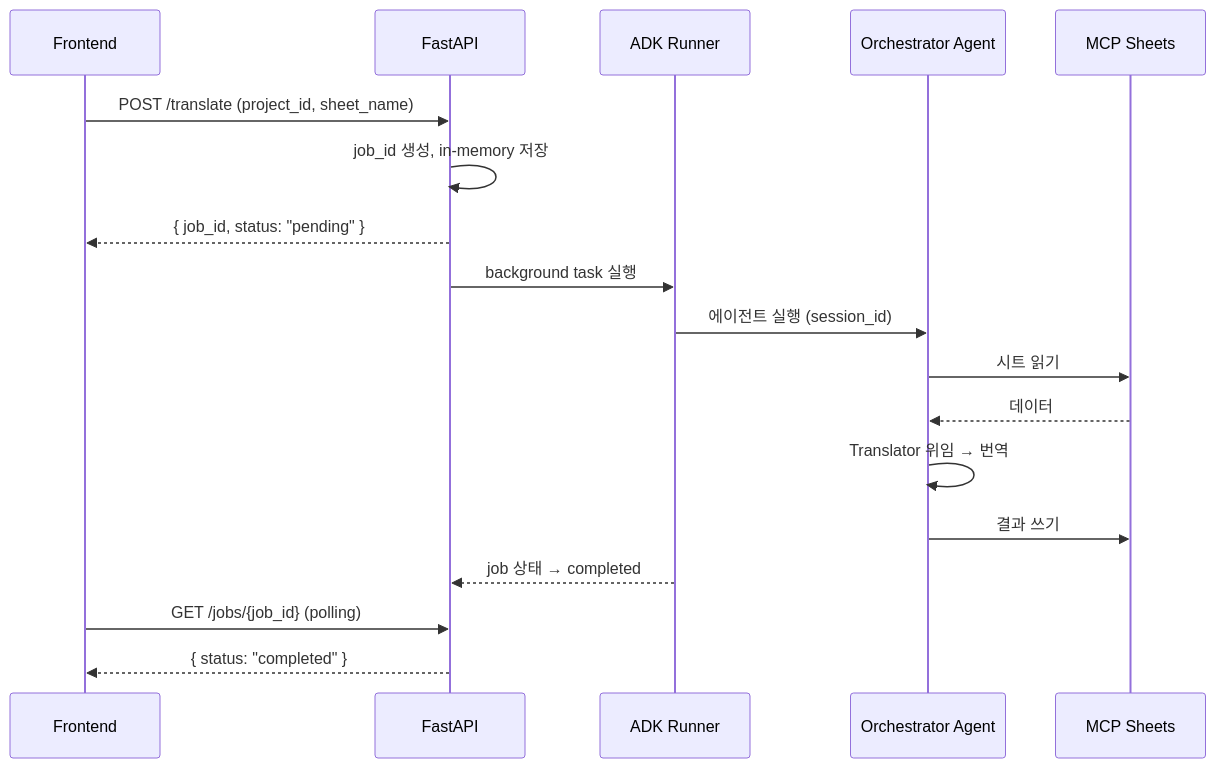
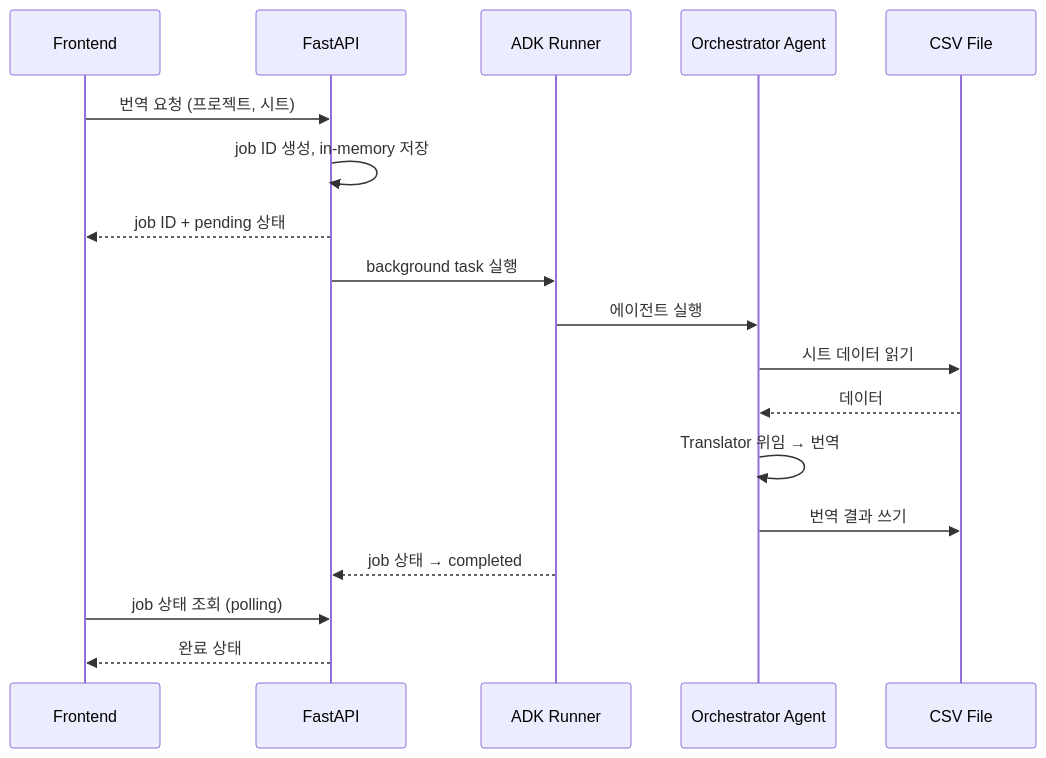
One commit to flashwade03/Translate-Agent-For-Unity-Game-Development-With-Gemini changed the second of 2 diagrams in docs/feature/backend-design.md. Above: the diagram before and after it, drawn with Mermaid. The commit also changed other lines of this file and 23 other files, not shown here.

First line of the commit message:
refactor: replace Google Sheets/MCP with local CSV file I/O

````diff
--- a/docs/feature/backend-design.md
+++ b/docs/feature/backend-design.md
@@ -50,21 +50,21 @@
 ```mermaid
 sequenceDiagram
     participant FE as Frontend
     participant API as FastAPI
     participant R as ADK Runner
     participant A as Orchestrator Agent
-    participant MCP as MCP Sheets
+    participant CSV as CSV File
 
-    FE->>API: POST /translate (project_id, sheet_name)
-    API->>API: job_id 생성, in-memory 저장
-    API-->>FE: { job_id, status: "pending" }
+    FE->>API: 번역 요청 (프로젝트, 시트)
+    API->>API: job ID 생성, in-memory 저장
+    API-->>FE: job ID + pending 상태
     API->>R: background task 실행
-    R->>A: 에이전트 실행 (session_id)
-    A->>MCP: 시트 읽기
-    MCP-->>A: 데이터
+    R->>A: 에이전트 실행
+    A->>CSV: 시트 데이터 읽기
+    CSV-->>A: 데이터
     A->>A: Translator 위임 → 번역
-    A->>MCP: 결과 쓰기
+    A->>CSV: 번역 결과 쓰기
     R-->>API: job 상태 → completed
-    FE->>API: GET /jobs/{job_id} (polling)
-    API-->>FE: { status: "completed" }
+    FE->>API: job 상태 조회 (polling)
+    API-->>FE: 완료 상태
 ```
````
